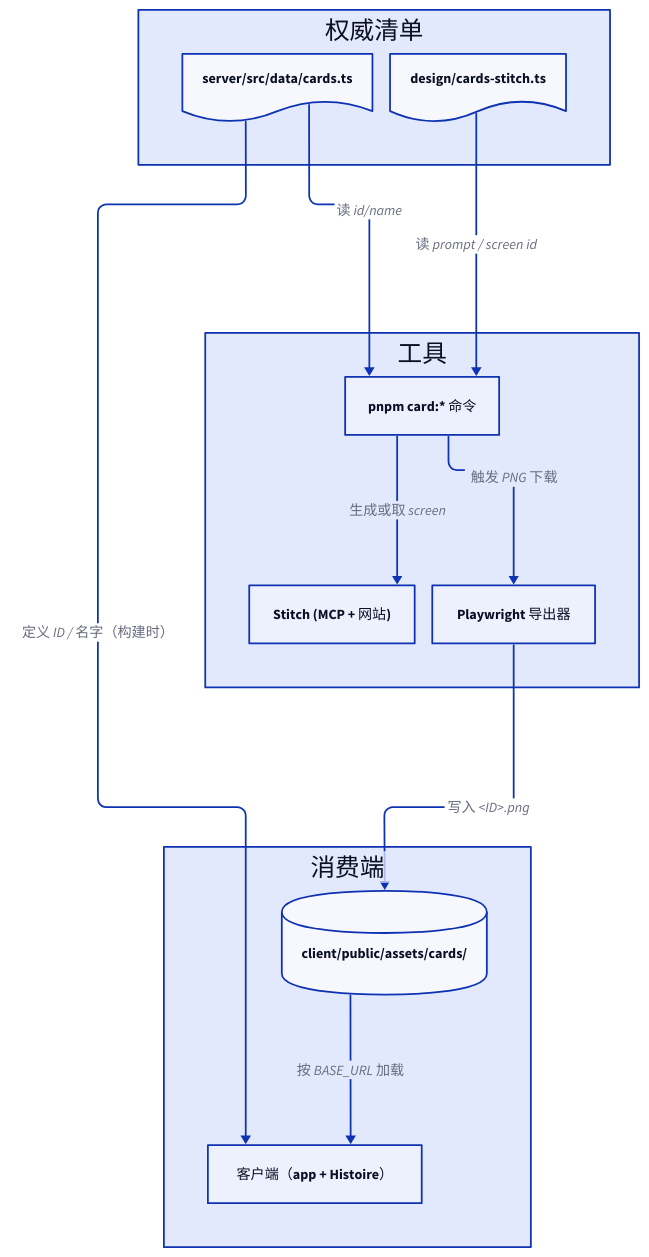
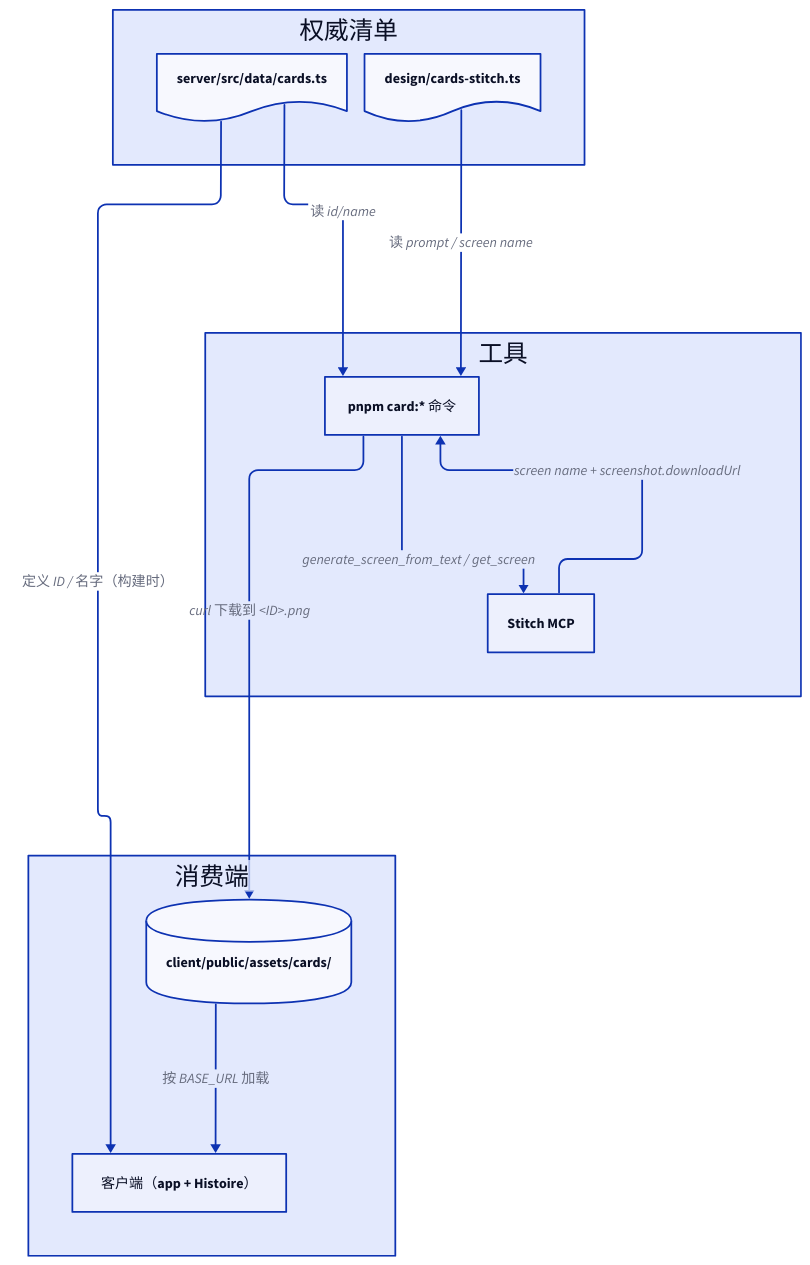
One commit to xbghc/crime-scene-investigation changed the diagram in .claude/blog/diagrams/stitch-card-workflow/pipeline.d2. Above: the diagram before and after it, drawn with D2. The commit also changed 7 other files, not shown here.

First line of the commit message:
docs: revise card-workflow post — Stitch MCP does expose PNG export

```diff
--- a/.claude/blog/diagrams/stitch-card-workflow/pipeline.d2
+++ b/.claude/blog/diagrams/stitch-card-workflow/pipeline.d2
@@ -1,26 +1,25 @@
 vars: { d2-config: { layout-engine: elk } }
 
 source: 权威清单 {
   server_manifest: server/src/data/cards.ts { shape: document }
   design_manifest: design/cards-stitch.ts { shape: document }
 }
 
 tools: 工具 {
   cli: pnpm card:* 命令
-  stitch: Stitch (MCP + 网站)
-  exporter: Playwright 导出器
+  stitch: Stitch MCP
 }
 
 sink: 消费端 {
   assets: client/public/assets/cards/ { shape: cylinder }
   client: 客户端（app + Histoire）
 }
 
 source.server_manifest -> tools.cli: 读 id/name
-source.design_manifest -> tools.cli: 读 prompt / screen id
-tools.cli -> tools.stitch: 生成或取 screen
-tools.cli -> tools.exporter: 触发 PNG 下载
-tools.exporter -> sink.assets: 写入 <ID>.png
-sink.assets -> sink.client: 按 BASE_URL 加载
+source.design_manifest -> tools.cli: 读 prompt / screen name
+tools.cli -> tools.stitch: generate_screen_from_text / get_screen
+tools.stitch -> tools.cli: screen name + screenshot.downloadUrl
+tools.cli -> sink.assets: curl 下载到 <ID>.png
 
 source.server_manifest -> sink.client: 定义 ID / 名字（构建时）
+sink.assets -> sink.client: 按 BASE_URL 加载
```
